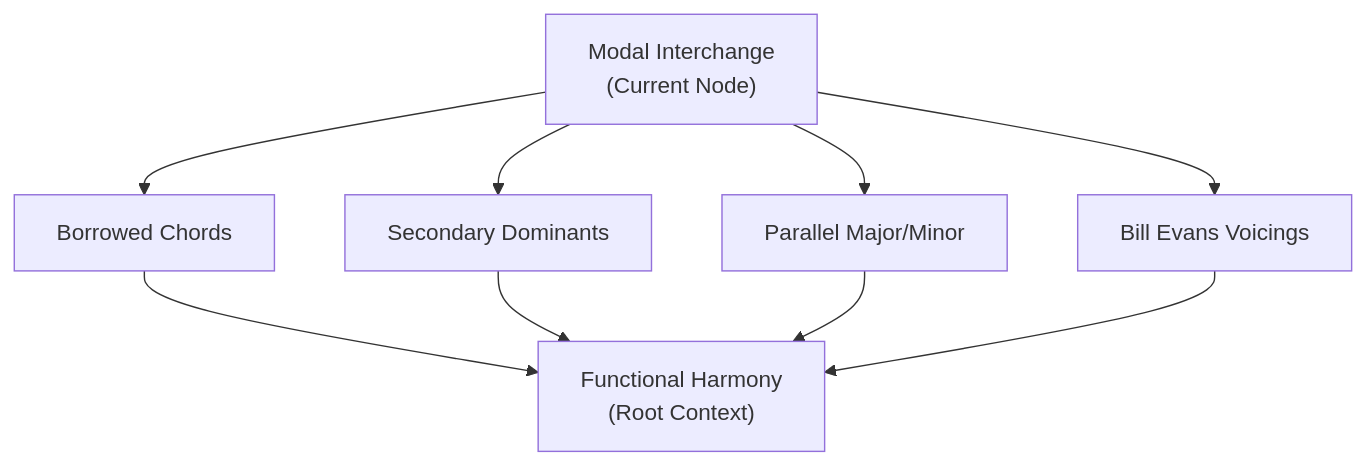
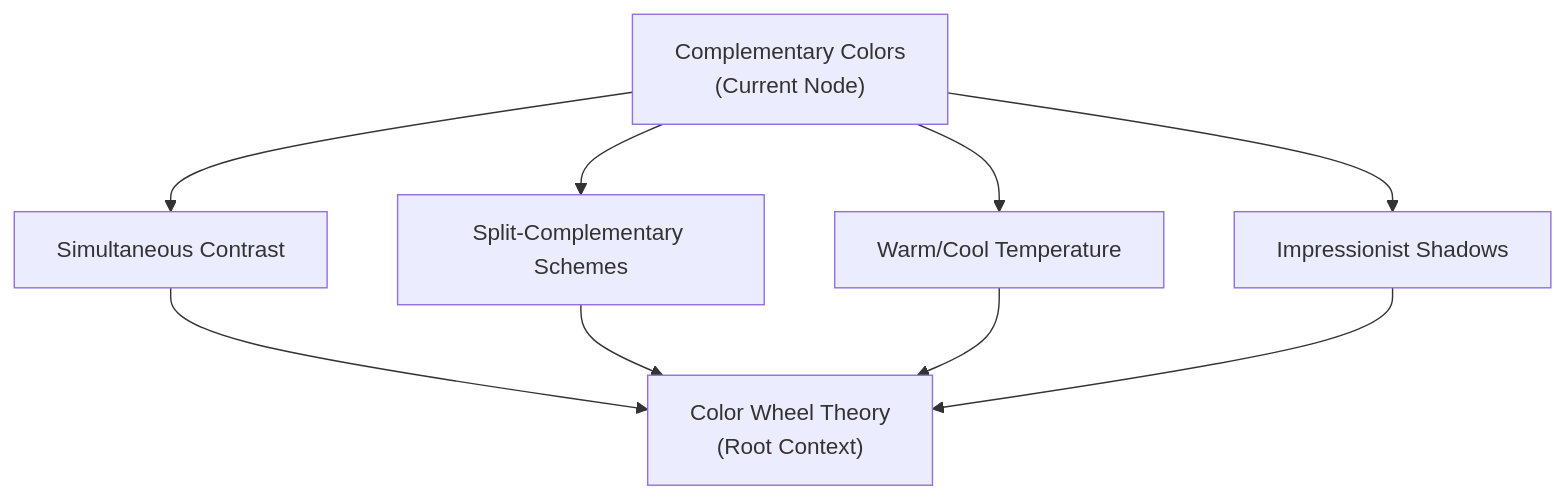
The second of 3 diagrams in topics/arts/design/ux_design/lesson_03_information_architecture.md (blebleblee/synapse), drawn with Mermaid before and after one commit. The commit also changed other lines of this file and 57 other files, not shown here.

````diff
--- a/topics/arts/design/ux_design/lesson_03_information_architecture.md
+++ b/topics/arts/design/ux_design/lesson_03_information_architecture.md
@@ -70,21 +70,21 @@
 ```mermaid
 flowchart TD
-    A["Modal Interchange<br/>(Current Node)"]
-    
-    B["Borrowed Chords"]
-    C["Secondary Dominants"]
-    D["Parallel Major/Minor"]
-    E["Bill Evans Voicings"]
-    
-    F["Functional Harmony<br/>(Root Context)"]
-    
+    A["Complementary Colors<br/>(Current Node)"]
+
+    B["Simultaneous Contrast"]
+    C["Split-Complementary Schemes"]
+    D["Warm/Cool Temperature"]
+    E["Impressionist Shadows"]
+
+    F["Color Wheel Theory<br/>(Root Context)"]
+
     A --> B
     A --> C
     A --> D
     A --> E
-    
+
     B --> F
     C --> F
     D --> F
     E --> F
 ```
````
